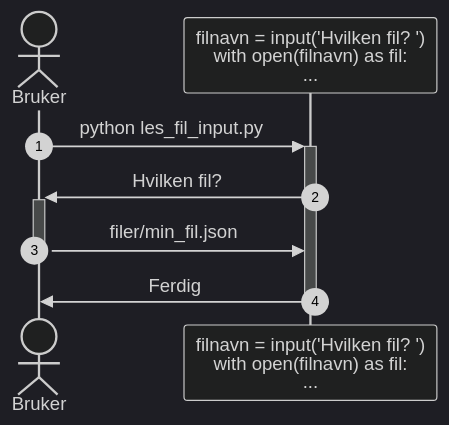
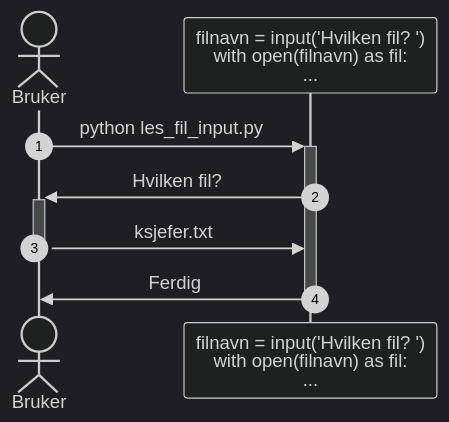
Before and after one commit to nrkno/prog-videre: the third of 4 diagrams in innhold/kap3/2_programargumenter.md, drawn with Mermaid (dark theme). The commit also changed other lines of this file, not shown here.

Commit message:
Fortsett på programargumenter, legg til ksjefer.txt

````diff
--- a/innhold/kap3/2_programargumenter.md
+++ b/innhold/kap3/2_programargumenter.md
@@ -58,10 +78,10 @@
 ```mermaid
 sequenceDiagram
   actor user as Bruker
   participant prg as filnavn = input('Hvilken fil? ') <br/>with open(filnavn) as fil:<br/>...
   autonumber
   user->>+prg: python les_fil_input.py
   prg->>+user: Hvilken fil?
-  user->>-prg: filer/min_fil.json
+  user->>-prg: ksjefer.txt
   prg->>-user: Ferdig
 ```
````
